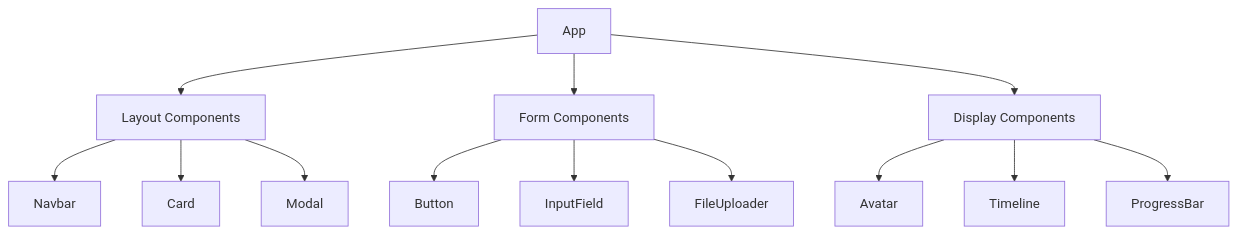
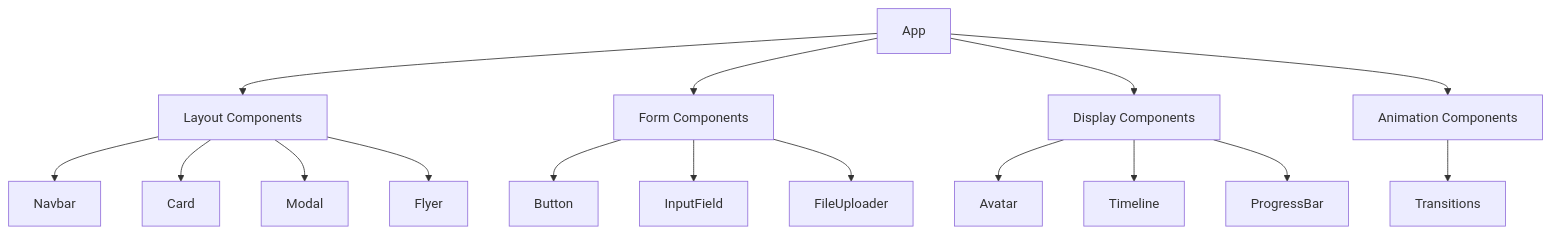
Before and after one commit to AmreetKumarkhuntia/project-vernix: the diagram in memory-bank/systemPatterns.md, drawn with Mermaid. The commit also changed other lines of this file and 10 other files, not shown here.

````diff
--- a/memory-bank/systemPatterns.md
+++ b/memory-bank/systemPatterns.md
@@ -12,18 +12,22 @@
 ```mermaid
 flowchart TD
     App --> Layout[Layout Components]
     App --> Form[Form Components]
     App --> Display[Display Components]
+    App --> Animation[Animation Components]
 
     Layout --> Navbar
     Layout --> Card
     Layout --> Modal
+    Layout --> Flyer
 
     Form --> Button
     Form --> InputField
     Form --> FileUploader
 
     Display --> Avatar
     Display --> Timeline
     Display --> ProgressBar
+
+    Animation --> Transitions
 ```
````
